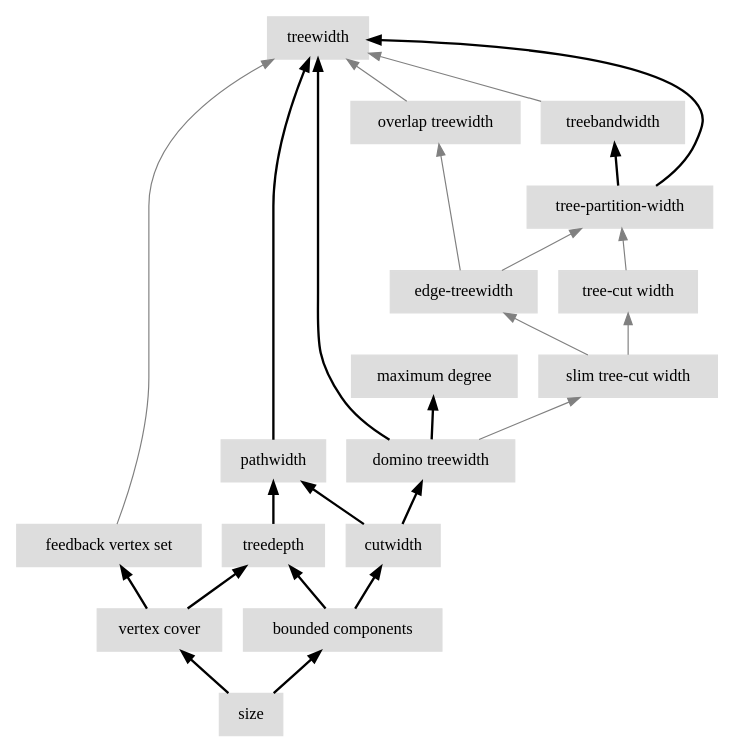
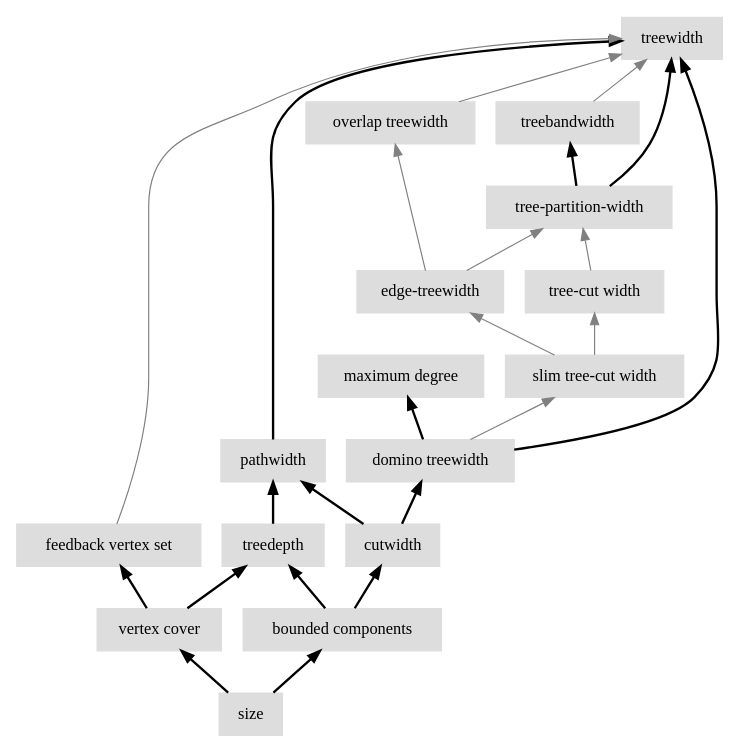
Before and after one commit to vaclavblazej/parameters: the diagram in content/drawing_EImlRb_0.dot, drawn with Graphviz. The commit also changed other lines of this file and 725 other files, not shown here.

```diff
--- a/content/drawing_EImlRb_0.dot
+++ b/content/drawing_EImlRb_0.dot
@@ -1,44 +1,44 @@
 digraph drawing_EImlRb_0 {
 	node [color=lightblue2 style=filled]
 	margin=0.04 size="6,6"
 	rankdir = BT
+	"n_KEP2qM" [label="treedepth" URL="/parameters/html/KEP2qM" color="#dddddd" shape=box]
+	"n_4lp9Yj" [label="vertex cover" URL="/parameters/html/4lp9Yj" color="#dddddd" shape=box]
+	"n_oFvl4c" [label="slim tree-cut width" URL="/parameters/html/oFvl4c" color="#dddddd" shape=box]
 	"n_w3LxG1" [label="treebandwidth" URL="/parameters/html/w3LxG1" color="#dddddd" shape=box]
+	"n_t7c4mp" [label="bounded components" URL="/parameters/html/t7c4mp" color="#dddddd" shape=box]
+	"n_QP01gs" [label="tree-partition-width" URL="/parameters/html/QP01gs" color="#dddddd" shape=box]
+	"n_F1NpDy" [label="size" URL="/parameters/html/F1NpDy" color="#dddddd" shape=box]
+	"n_aEs5ap" [label="domino treewidth" URL="/parameters/html/aEs5ap" color="#dddddd" shape=box]
+	"n_pKi2tL" [label="edge-treewidth" URL="/parameters/html/pKi2tL" color="#dddddd" shape=box]
 	"n_TLx1pz" [label="cutwidth" URL="/parameters/html/TLx1pz" color="#dddddd" shape=box]
-	"n_4lp9Yj" [label="vertex cover" URL="/parameters/html/4lp9Yj" color="#dddddd" shape=box]
+	"n_VHClqR" [label="pathwidth" URL="/parameters/html/VHClqR" color="#dddddd" shape=box]
 	"n_5Q7fuR" [label="treewidth" URL="/parameters/html/5Q7fuR" color="#dddddd" shape=box]
 	"n_UyQ5yM" [label="maximum degree" URL="/parameters/html/UyQ5yM" color="#dddddd" shape=box]
-	"n_VHClqR" [label="pathwidth" URL="/parameters/html/VHClqR" color="#dddddd" shape=box]
+	"n_8CgU0P" [label="tree-cut width" URL="/parameters/html/8CgU0P" color="#dddddd" shape=box]
+	"n_P8yP3M" [label="overlap treewidth" URL="/parameters/html/P8yP3M" color="#dddddd" shape=box]
 	"n_GNOiyB" [label="feedback vertex set" URL="/parameters/html/GNOiyB" color="#dddddd" shape=box]
-	"n_pKi2tL" [label="edge-treewidth" URL="/parameters/html/pKi2tL" color="#dddddd" shape=box]
-	"n_P8yP3M" [label="overlap treewidth" URL="/parameters/html/P8yP3M" color="#dddddd" shape=box]
-	"n_KEP2qM" [label="treedepth" URL="/parameters/html/KEP2qM" color="#dddddd" shape=box]
-	"n_aEs5ap" [label="domino treewidth" URL="/parameters/html/aEs5ap" color="#dddddd" shape=box]
-	"n_8CgU0P" [label="tree-cut width" URL="/parameters/html/8CgU0P" color="#dddddd" shape=box]
-	"n_F1NpDy" [label="size" URL="/parameters/html/F1NpDy" color="#dddddd" shape=box]
-	"n_t7c4mp" [label="bounded components" URL="/parameters/html/t7c4mp" color="#dddddd" shape=box]
-	"n_QP01gs" [label="tree-partition-width" URL="/parameters/html/QP01gs" color="#dddddd" shape=box]
-	"n_oFvl4c" [label="slim tree-cut width" URL="/parameters/html/oFvl4c" color="#dddddd" shape=box]
+	"n_4lp9Yj" -> "n_KEP2qM" [label="" decorate=true lblstyle="above, sloped" weight="100" penwidth="2.0"]
+	"n_aEs5ap" -> "n_5Q7fuR" [label="" decorate=true lblstyle="above, sloped" weight="100" penwidth="2.0"]
+	"n_P8yP3M" -> "n_5Q7fuR" [label="" decorate=true lblstyle="above, sloped" color="gray" weight="1"]
+	"n_TLx1pz" -> "n_aEs5ap" [label="" decorate=true lblstyle="above, sloped" weight="100" penwidth="2.0"]
+	"n_GNOiyB" -> "n_5Q7fuR" [label="" decorate=true lblstyle="above, sloped" color="gray" weight="1"]
+	"n_QP01gs" -> "n_5Q7fuR" [label="" decorate=true lblstyle="above, sloped" weight="100" penwidth="2.0"]
+	"n_pKi2tL" -> "n_QP01gs" [label="" decorate=true lblstyle="above, sloped" color="gray" weight="1"]
+	"n_w3LxG1" -> "n_5Q7fuR" [label="" decorate=true lblstyle="above, sloped" color="gray" weight="1"]
+	"n_4lp9Yj" -> "n_GNOiyB" [label="" decorate=true lblstyle="above, sloped" weight="100" penwidth="2.0"]
+	"n_TLx1pz" -> "n_VHClqR" [label="" decorate=true lblstyle="above, sloped" weight="100" penwidth="2.0"]
+	"n_F1NpDy" -> "n_4lp9Yj" [label="" decorate=true lblstyle="above, sloped" weight="100" penwidth="2.0"]
+	"n_KEP2qM" -> "n_VHClqR" [label="" decorate=true lblstyle="above, sloped" weight="100" penwidth="2.0"]
 	"n_F1NpDy" -> "n_t7c4mp" [label="" decorate=true lblstyle="above, sloped" weight="100" penwidth="2.0"]
+	"n_pKi2tL" -> "n_P8yP3M" [label="" decorate=true lblstyle="above, sloped" color="gray" weight="1"]
 	"n_VHClqR" -> "n_5Q7fuR" [label="" decorate=true lblstyle="above, sloped" weight="100" penwidth="2.0"]
-	"n_GNOiyB" -> "n_5Q7fuR" [label="" decorate=true lblstyle="above, sloped" color="gray" weight="1"]
-	"n_P8yP3M" -> "n_5Q7fuR" [label="" decorate=true lblstyle="above, sloped" color="gray" weight="1"]
+	"n_t7c4mp" -> "n_TLx1pz" [label="" decorate=true lblstyle="above, sloped" weight="100" penwidth="2.0"]
+	"n_8CgU0P" -> "n_QP01gs" [label="" decorate=true lblstyle="above, sloped" color="gray" weight="1"]
+	"n_t7c4mp" -> "n_KEP2qM" [label="" decorate=true lblstyle="above, sloped" weight="100" penwidth="2.0"]
+	"n_oFvl4c" -> "n_8CgU0P" [label="" decorate=true lblstyle="above, sloped" color="gray" weight="1"]
+	"n_aEs5ap" -> "n_UyQ5yM" [label="" decorate=true lblstyle="above, sloped" weight="100" penwidth="2.0"]
 	"n_oFvl4c" -> "n_pKi2tL" [label="" decorate=true lblstyle="above, sloped" color="gray" weight="1"]
-	"n_TLx1pz" -> "n_aEs5ap" [label="" decorate=true lblstyle="above, sloped" weight="100" penwidth="2.0"]
 	"n_QP01gs" -> "n_w3LxG1" [label="" decorate=true lblstyle="above, sloped" weight="100" penwidth="2.0"]
-	"n_aEs5ap" -> "n_UyQ5yM" [label="" decorate=true lblstyle="above, sloped" weight="100" penwidth="2.0"]
-	"n_KEP2qM" -> "n_VHClqR" [label="" decorate=true lblstyle="above, sloped" weight="100" penwidth="2.0"]
-	"n_pKi2tL" -> "n_P8yP3M" [label="" decorate=true lblstyle="above, sloped" color="gray" weight="1"]
-	"n_4lp9Yj" -> "n_GNOiyB" [label="" decorate=true lblstyle="above, sloped" weight="100" penwidth="2.0"]
-	"n_pKi2tL" -> "n_QP01gs" [label="" decorate=true lblstyle="above, sloped" color="gray" weight="1"]
-	"n_4lp9Yj" -> "n_KEP2qM" [label="" decorate=true lblstyle="above, sloped" weight="100" penwidth="2.0"]
 	"n_aEs5ap" -> "n_oFvl4c" [label="" decorate=true lblstyle="above, sloped" color="gray" weight="1"]
-	"n_t7c4mp" -> "n_KEP2qM" [label="" decorate=true lblstyle="above, sloped" weight="100" penwidth="2.0"]
-	"n_F1NpDy" -> "n_4lp9Yj" [label="" decorate=true lblstyle="above, sloped" weight="100" penwidth="2.0"]
-	"n_TLx1pz" -> "n_VHClqR" [label="" decorate=true lblstyle="above, sloped" weight="100" penwidth="2.0"]
-	"n_QP01gs" -> "n_5Q7fuR" [label="" decorate=true lblstyle="above, sloped" weight="100" penwidth="2.0"]
-	"n_8CgU0P" -> "n_QP01gs" [label="" decorate=true lblstyle="above, sloped" color="gray" weight="1"]
-	"n_t7c4mp" -> "n_TLx1pz" [label="" decorate=true lblstyle="above, sloped" weight="100" penwidth="2.0"]
-	"n_oFvl4c" -> "n_8CgU0P" [label="" decorate=true lblstyle="above, sloped" color="gray" weight="1"]
-	"n_aEs5ap" -> "n_5Q7fuR" [label="" decorate=true lblstyle="above, sloped" weight="100" penwidth="2.0"]
-	"n_w3LxG1" -> "n_5Q7fuR" [label="" decorate=true lblstyle="above, sloped" color="gray" weight="1"]
 }
```
